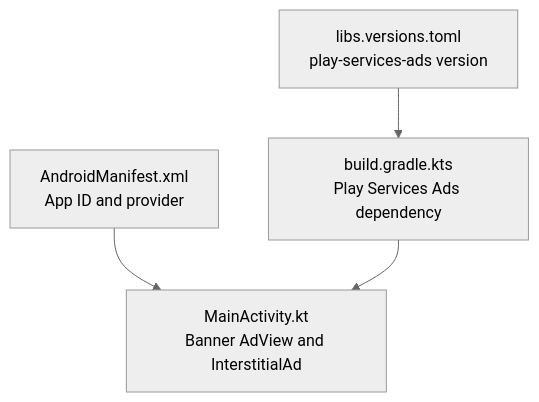
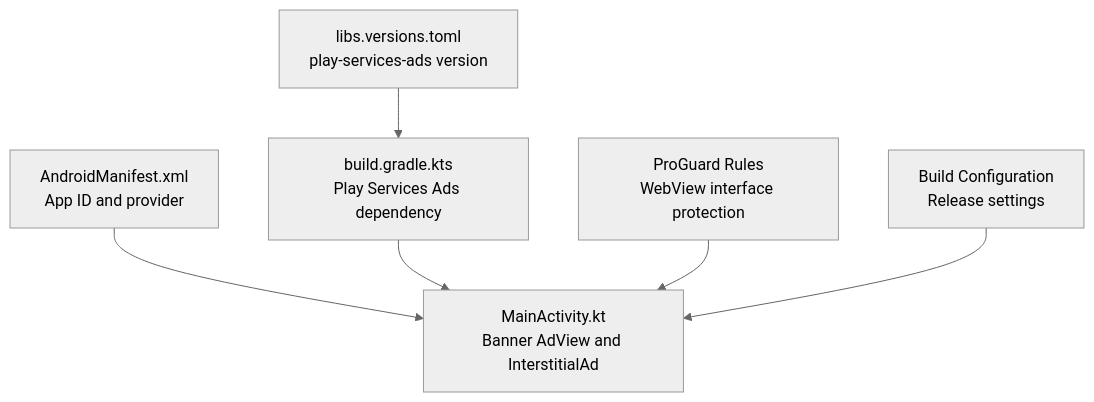
Before and after one commit to chetanck03/games: the first of 2 diagrams in .qoder/repowiki/en/content/AdMob Integration/Configuration and Testing.md, drawn with Mermaid (neutral theme). The commit also changed other lines of this file and 13 other files, not shown here.

````diff
--- a/.qoder/repowiki/en/content/AdMob Integration/Configuration and Testing.md
+++ b/.qoder/repowiki/en/content/AdMob Integration/Configuration and Testing.md
@@ -34,6 +49,8 @@
 ```mermaid
 graph TB
 A["AndroidManifest.xml<br/>App ID and provider"] --> B["MainActivity.kt<br/>Banner AdView and InterstitialAd"]
 C["build.gradle.kts<br/>Play Services Ads dependency"] --> B
 D["libs.versions.toml<br/>play-services-ads version"] --> C
+E["ProGuard Rules<br/>WebView interface protection"] --> B
+F["Build Configuration<br/>Release settings"] --> B
 ```
````
